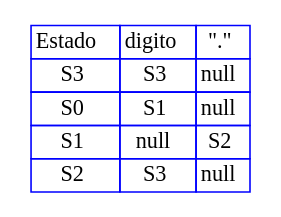
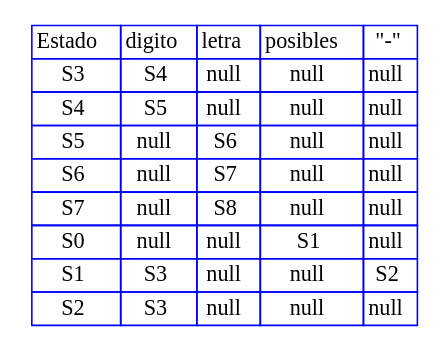
The diagram in out/production/Proyecto1/Graphviz/Transiciones1.dot (RojasCJP/Proyecto1_Compi1), drawn with Graphviz before and after one commit. The commit also changed 437 other files, not shown here.

```diff
--- a/out/production/Proyecto1/Graphviz/Transiciones1.dot
+++ b/out/production/Proyecto1/Graphviz/Transiciones1.dot
@@ -1,17 +1,21 @@
 digraph {
 
   tbl [
 
     shape=plaintext
     label=<
       <table border='0' cellborder='1' color='blue' cellspacing='0'>
-<tr><td>Estado</td><td>digito</td><td>"."</td></tr>
-<tr><td>S3</td><td>S3</td><td>null</td></tr>
-<tr><td>S0</td><td>S1</td><td>null</td></tr>
-<tr><td>S1</td><td>null</td><td>S2</td></tr>
-<tr><td>S2</td><td>S3</td><td>null</td></tr>
+<tr><td>Estado</td><td>digito</td><td>letra</td><td>posibles</td><td>"-"</td></tr>
+<tr><td>S3</td><td>S4</td><td>null</td><td>null</td><td>null</td></tr>
+<tr><td>S4</td><td>S5</td><td>null</td><td>null</td><td>null</td></tr>
+<tr><td>S5</td><td>null</td><td>S6</td><td>null</td><td>null</td></tr>
+<tr><td>S6</td><td>null</td><td>S7</td><td>null</td><td>null</td></tr>
+<tr><td>S7</td><td>null</td><td>S8</td><td>null</td><td>null</td></tr>
+<tr><td>S0</td><td>null</td><td>null</td><td>S1</td><td>null</td></tr>
+<tr><td>S1</td><td>S3</td><td>null</td><td>null</td><td>S2</td></tr>
+<tr><td>S2</td><td>S3</td><td>null</td><td>null</td><td>null</td></tr>
 </table>
 
     >];
 
 }
```
